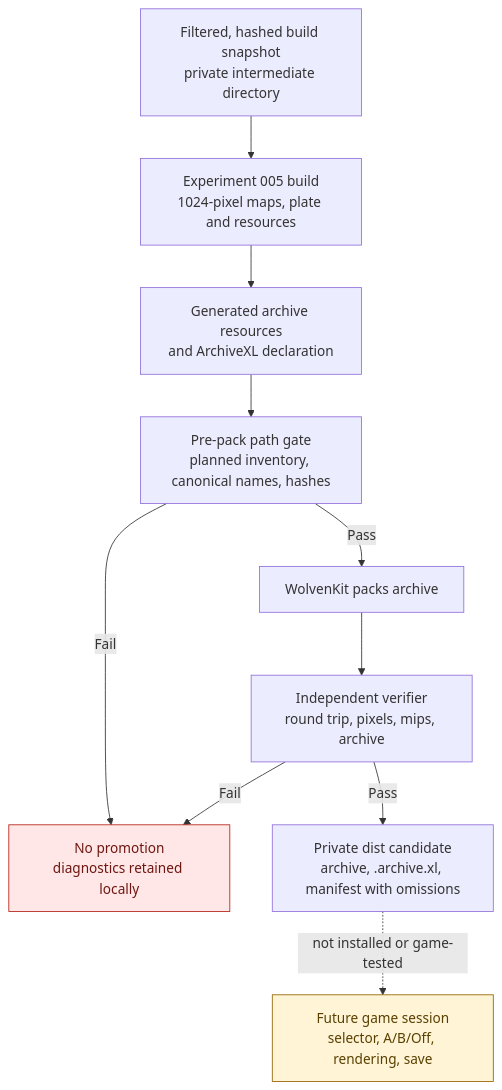
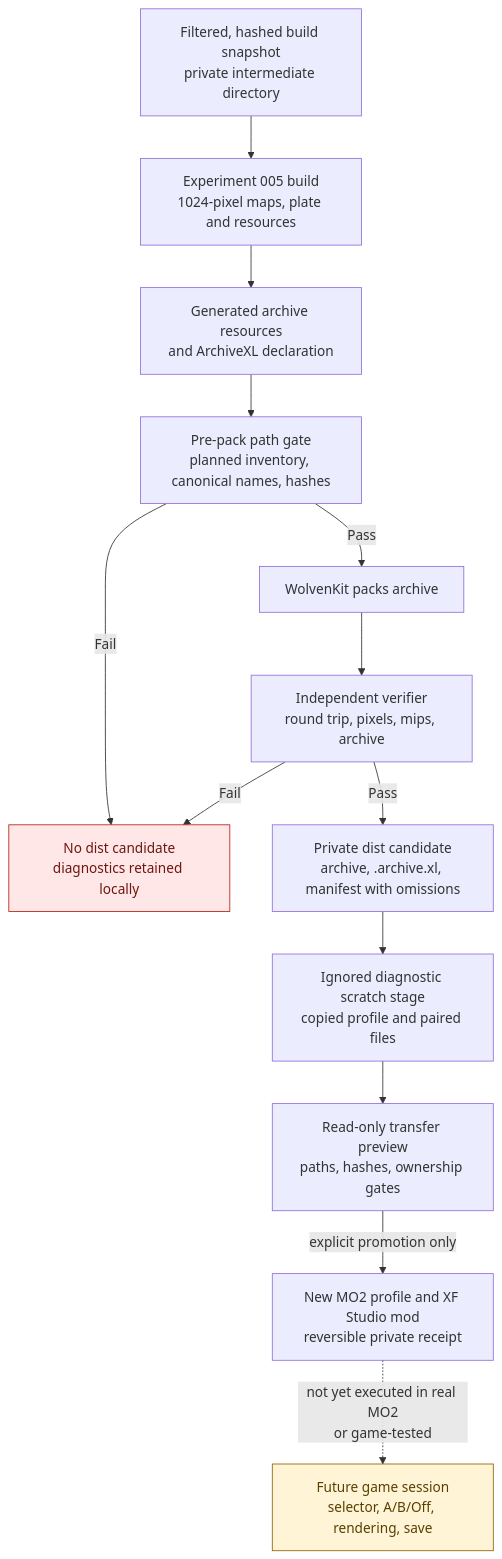
One commit to axefrog/xf-studio changed the second of 3 diagrams in research/authoring/studio-to-mod-pipeline.md. Above: the diagram before and after it, drawn with Mermaid. The commit also changed other lines of this file and 5 other files, not shown here.

Commit message:
Add gated diagnostic promotion into new MO2 profile

````diff
--- a/research/authoring/studio-to-mod-pipeline.md
+++ b/research/authoring/studio-to-mod-pipeline.md
@@ -41,17 +41,20 @@
 ```mermaid
 flowchart TB
   snapshot["Filtered, hashed build snapshot<br/>private intermediate directory"] --> bake["Experiment 005 build<br/>1024-pixel maps, plate and resources"]
   bake --> resources["Generated archive resources<br/>and ArchiveXL declaration"]
   resources --> gate["Pre-pack path gate<br/>planned inventory, canonical names, hashes"]
   gate -- Fail --> stop
   gate -- Pass --> pack["WolvenKit packs archive"]
   pack --> verifier["Independent verifier<br/>round trip, pixels, mips, archive"]
-  verifier -- Fail --> stop["No promotion<br/>diagnostics retained locally"]
+  verifier -- Fail --> stop["No dist candidate<br/>diagnostics retained locally"]
   verifier -- Pass --> dist["Private dist candidate<br/>archive, .archive.xl, manifest with omissions"]
-  dist -. "not installed or game-tested" .-> runtime["Future game session<br/>selector, A/B/Off, rendering, save"]
+  dist --> scratch["Ignored diagnostic scratch stage<br/>copied profile and paired files"]
+  scratch --> preview["Read-only transfer preview<br/>paths, hashes, ownership gates"]
+  preview -- "explicit promotion only" --> mo2["New MO2 profile and XF Studio mod<br/>reversible private receipt"]
+  mo2 -. "not yet executed in real MO2<br/>or game-tested" .-> runtime["Future game session<br/>selector, A/B/Off, rendering, save"]
 
   classDef blocked fill:#ffe7e7,stroke:#b42318,color:#6e1611;
   classDef pending fill:#fff4d6,stroke:#946200,color:#594000;
   class stop blocked;
   class runtime pending;
 ```
````
